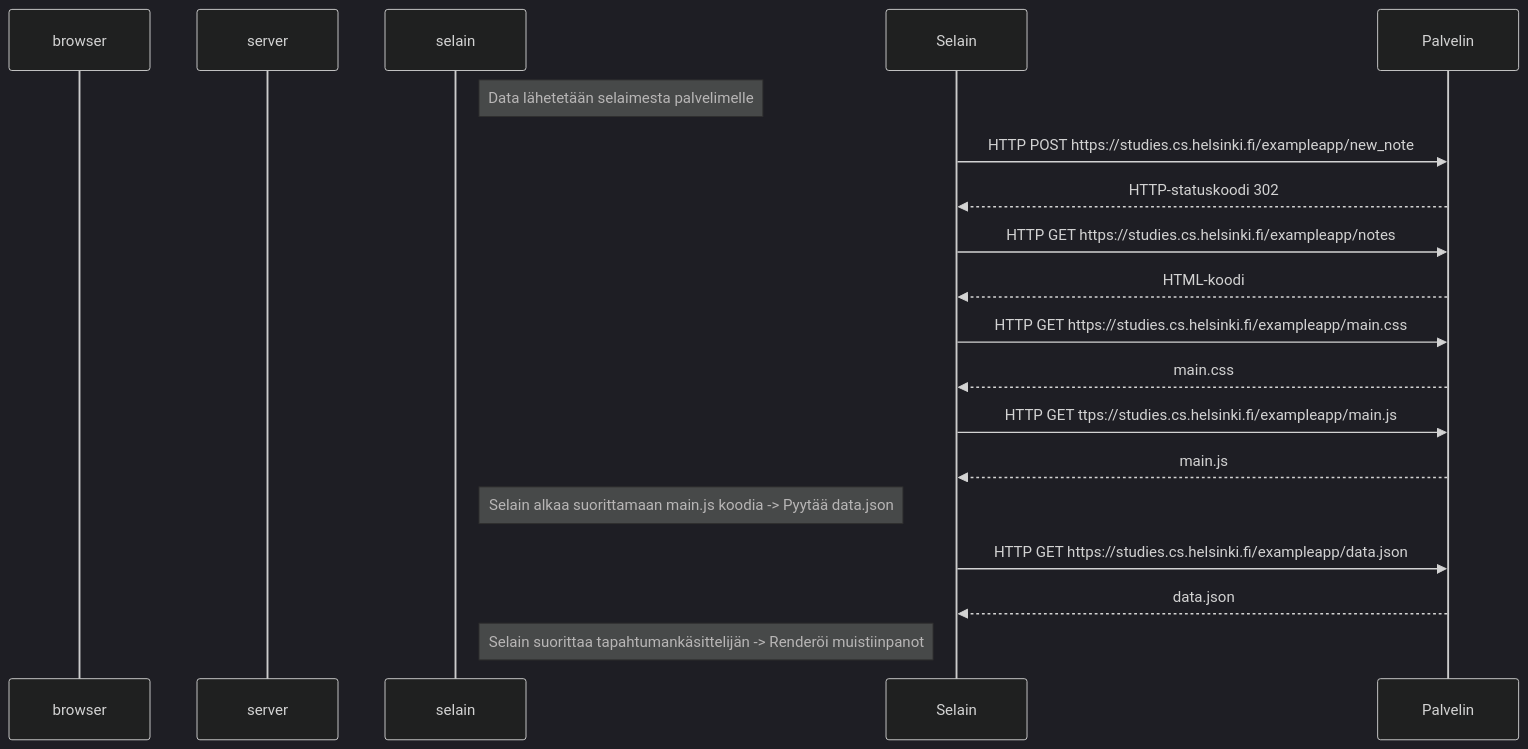
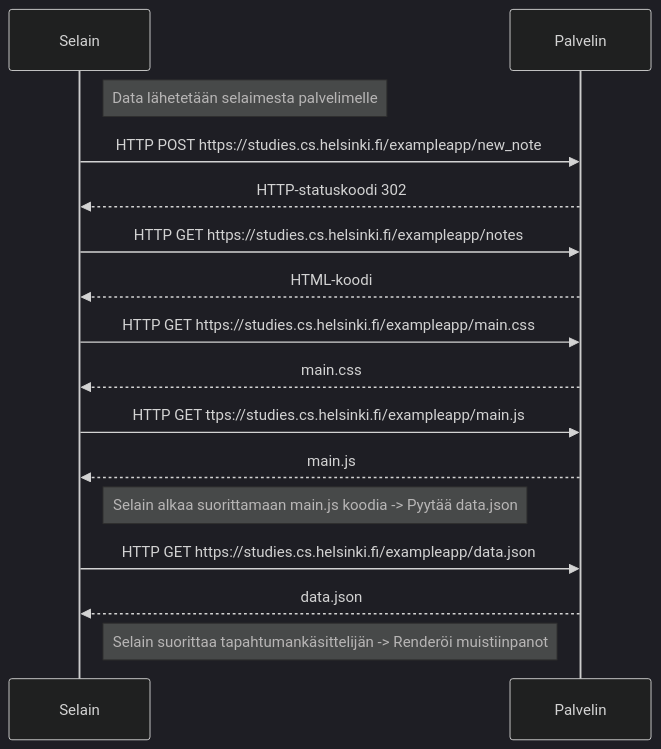
Before and after one commit to JuusoKil/osa0: the diagram in 04_uusi_muistiinpano.md, drawn with Mermaid (dark theme).

````diff
--- a/04_uusi_muistiinpano.md
+++ b/04_uusi_muistiinpano.md
@@ -1,33 +1,33 @@
 ```mermaid
 
 sequenceDiagram
-    participant browser
-    participant server
+    participant Selain
+    participant Palvelin
     
-Note right of selain: Data lähetetään selaimesta palvelimelle
+Note right of Selain: Data lähetetään selaimesta palvelimelle
 
 Selain->>Palvelin: HTTP POST https://studies.cs.helsinki.fi/exampleapp/new_note;
 
 Palvelin-->>Selain: HTTP-statuskoodi 302;
 
 Selain->>Palvelin: HTTP GET https://studies.cs.helsinki.fi/exampleapp/notes;
 
 Palvelin-->>Selain: HTML-koodi;
 
 Selain->>Palvelin: HTTP GET https://studies.cs.helsinki.fi/exampleapp/main.css;
 
 Palvelin-->>Selain: main.css;
 
 Selain->>Palvelin: HTTP GET ttps://studies.cs.helsinki.fi/exampleapp/main.js;
 
 Palvelin-->>Selain: main.js;
 
-Note right of selain: Selain alkaa suorittamaan main.js koodia -> Pyytää data.json
+Note right of Selain: Selain alkaa suorittamaan main.js koodia -> Pyytää data.json
 
 Selain->>Palvelin: HTTP GET https://studies.cs.helsinki.fi/exampleapp/data.json;
 
 Palvelin-->>Selain: data.json;
 
-Note right of selain: Selain suorittaa tapahtumankäsittelijän -> Renderöi muistiinpanot
+Note right of Selain: Selain suorittaa tapahtumankäsittelijän -> Renderöi muistiinpanot
 
 ```
````
